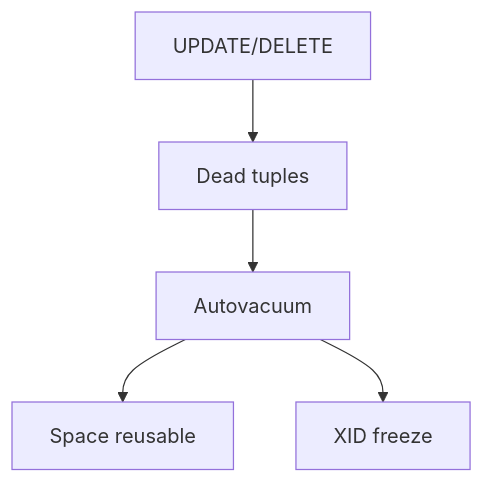
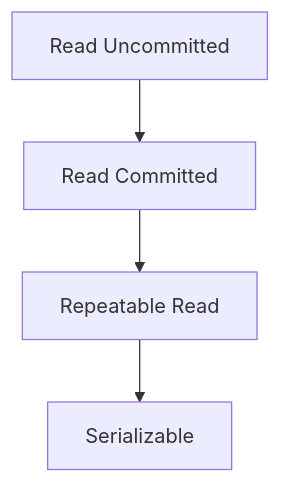
Before and after one commit to hareramcse/SystemDesign: the fifth of 9 diagrams in 02-databases/README.md, drawn with Mermaid. The commit also changed other lines of this file, not shown here.

````diff
--- a/02-databases/README.md
+++ b/02-databases/README.md
@@ -1093,7 +2253,8 @@
 ```mermaid
 flowchart TB
-    DML[UPDATE/DELETE] --> Dead[Dead tuples]
-    Dead --> Auto[Autovacuum]
-    Auto --> Reclaim[Space reusable]
-    Auto --> Freeze[XID freeze]
+  RU[Read Uncommitted]
+  RC[Read Committed]
+  RR[Repeatable Read]
+  SER[Serializable]
+  RU --> RC --> RR --> SER
 ```
````
